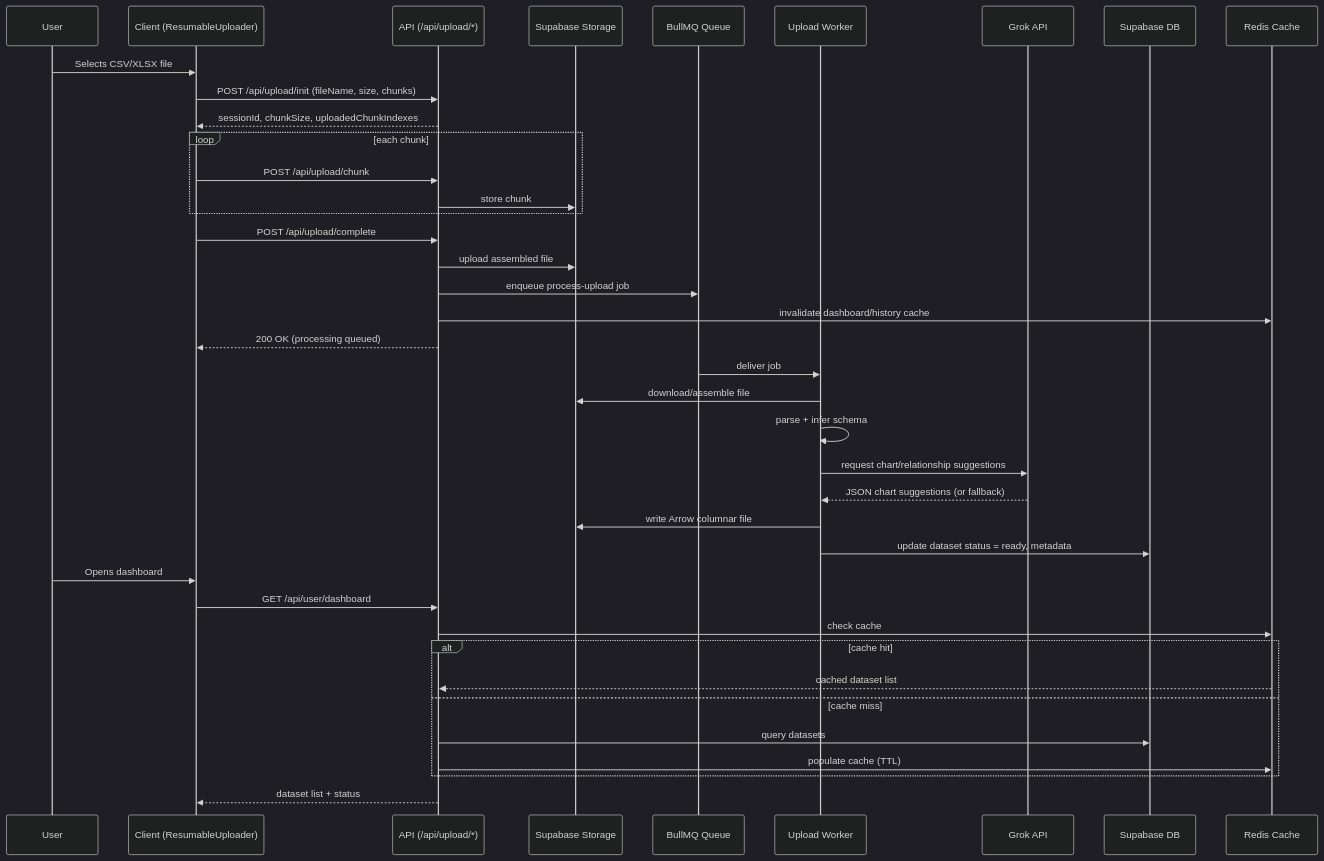
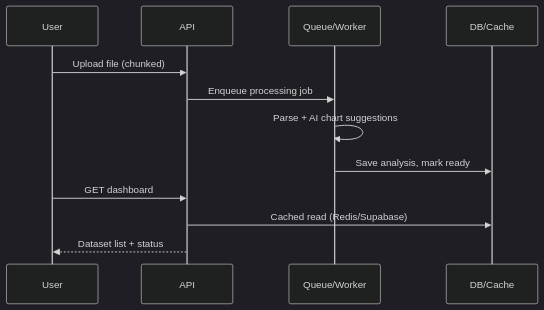
The second of 3 diagrams in README.md (durgaprasadg1/viz-Smith), drawn with Mermaid (dark theme) before and after one commit. The commit also changed other lines of this file, not shown here.

````diff
--- a/README.md
+++ b/README.md
@@ -79,44 +79,15 @@
 ```mermaid
 sequenceDiagram
     participant U as User
-    participant C as Client (ResumableUploader)
-    participant A as API (/api/upload/*)
-    participant S as Supabase Storage
-    participant Q as BullMQ Queue
-    participant W as Upload Worker
-    participant AI as Grok API
-    participant D as Supabase DB
-    participant R as Redis Cache
+    participant A as API
+    participant Q as Queue/Worker
+    participant D as DB/Cache
 
-    U->>C: Selects CSV/XLSX file
-    C->>A: POST /api/upload/init (fileName, size, chunks)
-    A-->>C: sessionId, chunkSize, uploadedChunkIndexes
-    loop each chunk
-      C->>A: POST /api/upload/chunk
-      A->>S: store chunk
-    end
-    C->>A: POST /api/upload/complete
-    A->>S: upload assembled file
-    A->>Q: enqueue process-upload job
-    A->>R: invalidate dashboard/history cache
-    A-->>C: 200 OK (processing queued)
-
-    Q->>W: deliver job
-    W->>S: download/assemble file
-    W->>W: parse + infer schema
-    W->>AI: request chart/relationship suggestions
-    AI-->>W: JSON chart suggestions (or fallback)
-    W->>S: write Arrow columnar file
-    W->>D: update dataset status = ready, metadata
-
-    U->>C: Opens dashboard
-    C->>A: GET /api/user/dashboard
-    A->>R: check cache
-    alt cache hit
-      R-->>A: cached dataset list
-    else cache miss
-      A->>D: query datasets
-      A->>R: populate cache (TTL)
-    end
-    A-->>C: dataset list + status
+    U->>A: Upload file (chunked)
+    A->>Q: Enqueue processing job
+    Q->>Q: Parse + AI chart suggestions
+    Q->>D: Save analysis, mark ready
+    U->>A: GET dashboard
+    A->>D: Cached read (Redis/Supabase)
+    A-->>U: Dataset list + status
 ```
````
